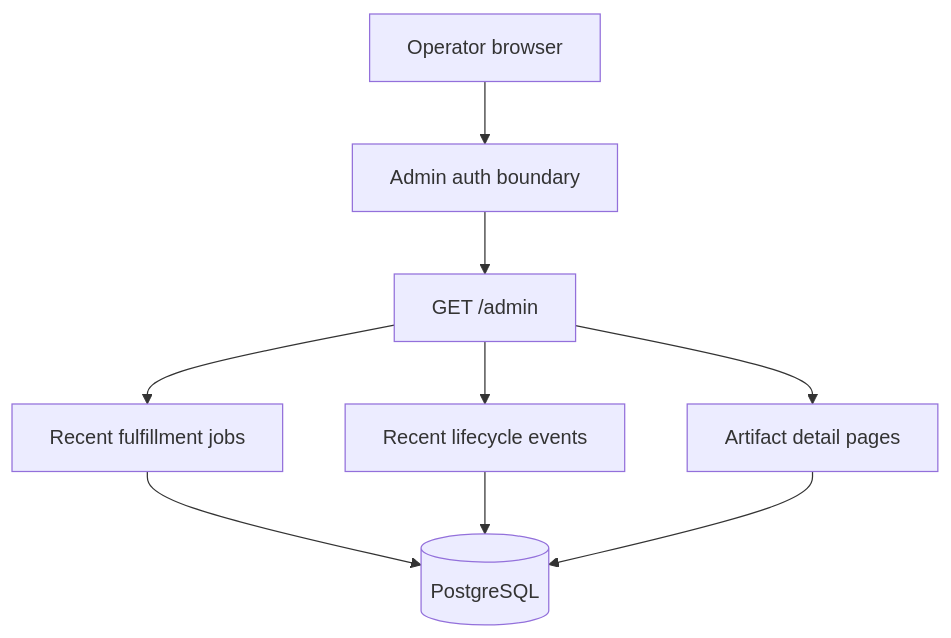
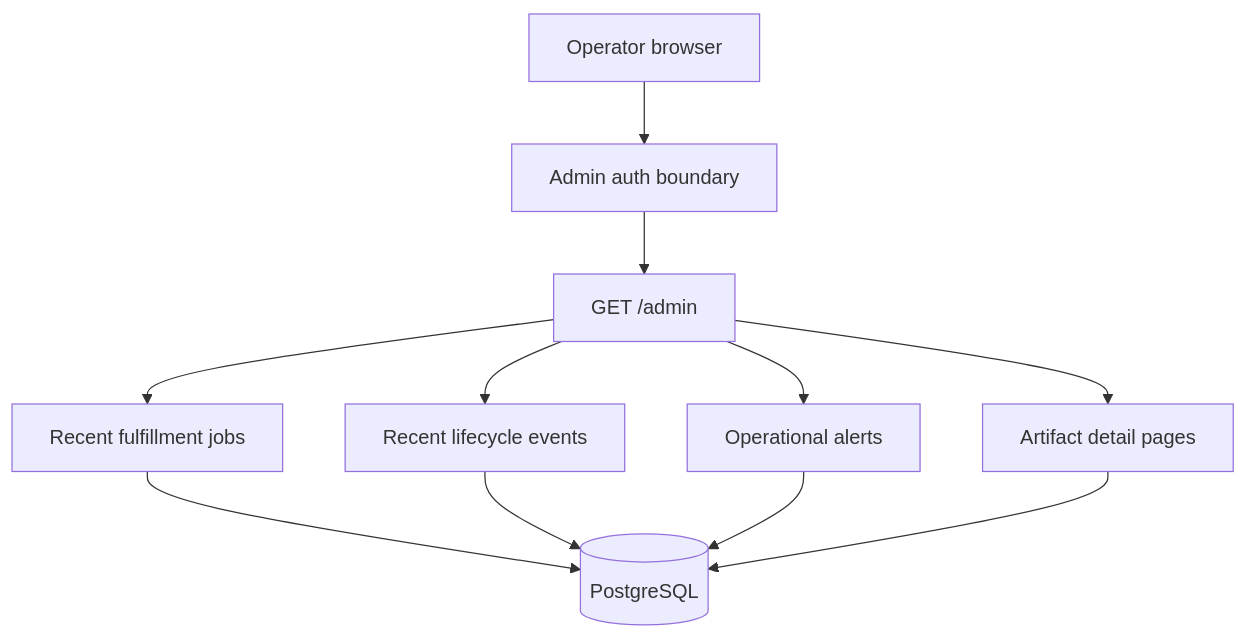
One commit to syndicalt/servicenow-builder changed the ninth of 9 diagrams in docs/system-architecture.md. Above: the diagram before and after it, drawn with Mermaid. The commit also changed other lines of this file and 67 other files, not shown here.

````diff
--- a/docs/system-architecture.md
+++ b/docs/system-architecture.md
@@ -314,11 +340,13 @@
 ```mermaid
 flowchart TD
     Browser["Operator browser"] --> Auth["Admin auth boundary"]
     Auth --> Console["GET /admin"]
     Console --> Jobs["Recent fulfillment jobs"]
     Console --> Events["Recent lifecycle events"]
+    Console --> Alerts["Operational alerts"]
     Console --> Artifacts["Artifact detail pages"]
     Jobs --> Store[("PostgreSQL")]
     Events --> Store
+    Alerts --> Store
     Artifacts --> Store
 ```
````
